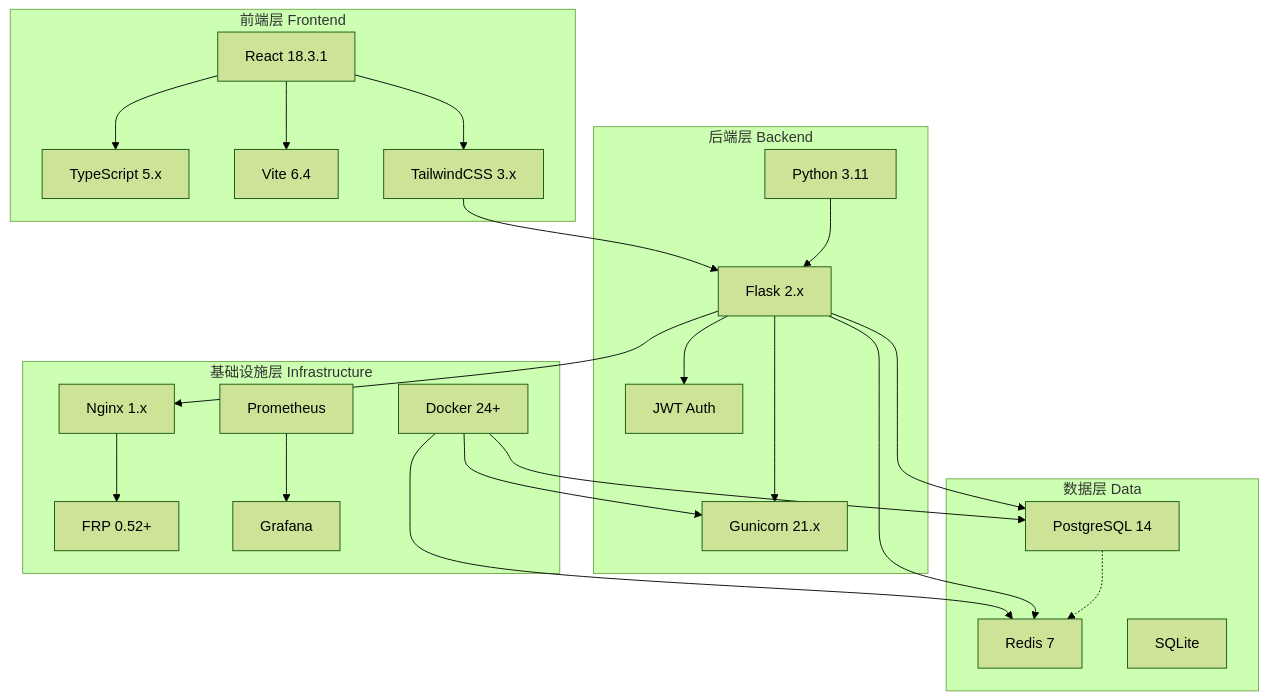
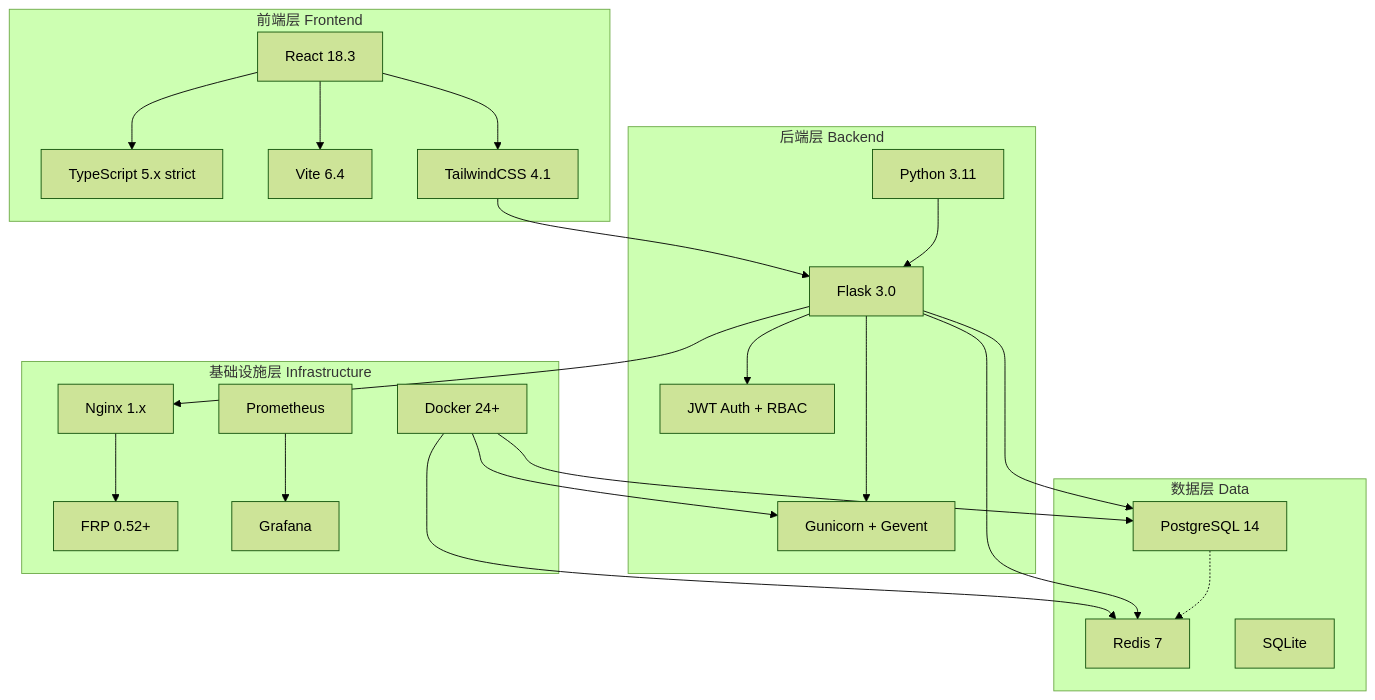
The first of 4 diagrams in README.md (YYC-Cube/YYC3-NAS-ECS), drawn with Mermaid (forest theme) before and after one commit. The commit also changed other lines of this file and 12 other files, not shown here.

````diff
--- a/README.md
+++ b/README.md
@@ -42,47 +48,47 @@
 ```mermaid
 graph TB
     subgraph "前端层 Frontend"
-        A1[React 18.3.1]
-        A2[TypeScript 5.x]
+        A1[React 18.3]
+        A2[TypeScript 5.x strict]
         A3[Vite 6.4]
-        A4[TailwindCSS 3.x]
+        A4[TailwindCSS 4.1]
         A1 --> A2
         A1 --> A3
         A1 --> A4
     end
 
     subgraph "后端层 Backend"
         B1[Python 3.11]
-        B2[Flask 2.x]
-        B3[Gunicorn 21.x]
-        B4[JWT Auth]
+        B2[Flask 3.0]
+        B3[Gunicorn + Gevent]
+        B4[JWT Auth + RBAC]
         B1 --> B2
         B2 --> B3
         B2 --> B4
     end
 
     subgraph "数据层 Data"
         C1[PostgreSQL 14]
         C2[Redis 7]
         C3[SQLite]
         C1 -.-> C2
     end
 
     subgraph "基础设施层 Infrastructure"
         D1[Docker 24+]
         D2[Nginx 1.x]
         D3[FRP 0.52+]
         D4[Prometheus]
         D5[Grafana]
     end
 
     A4 --> B2
     B2 --> C1
     B2 --> C2
     B2 --> D2
     D1 --> B3
     D1 --> C1
     D1 --> C2
     D2 --> D3
     D4 --> D5
 ```
````
